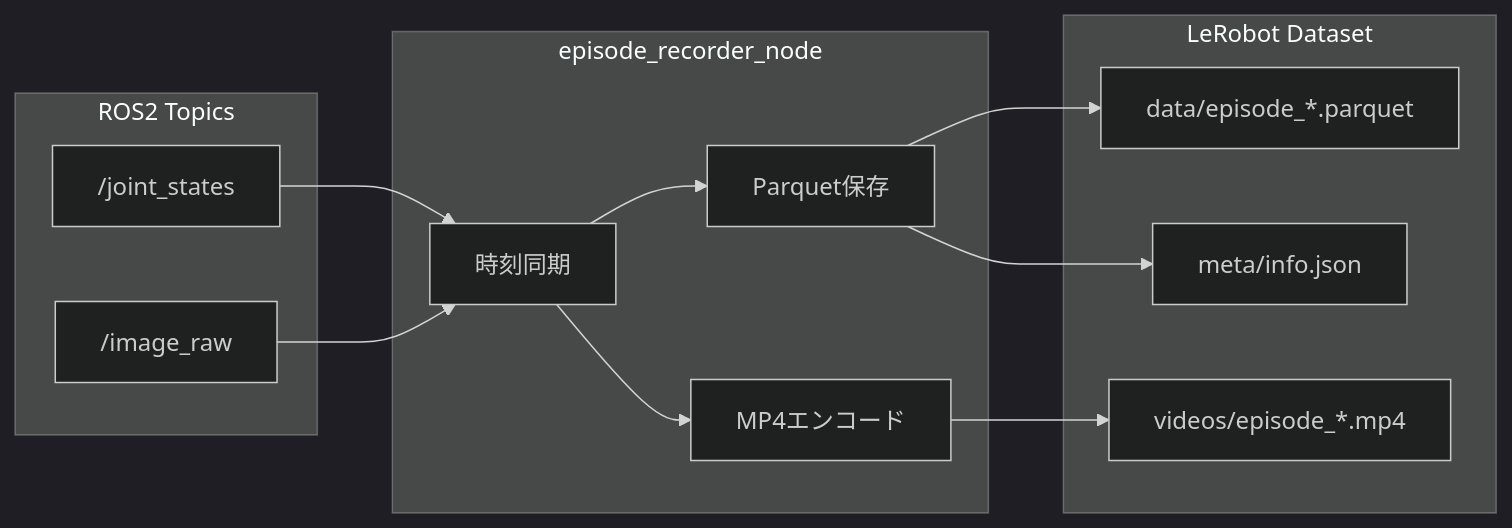
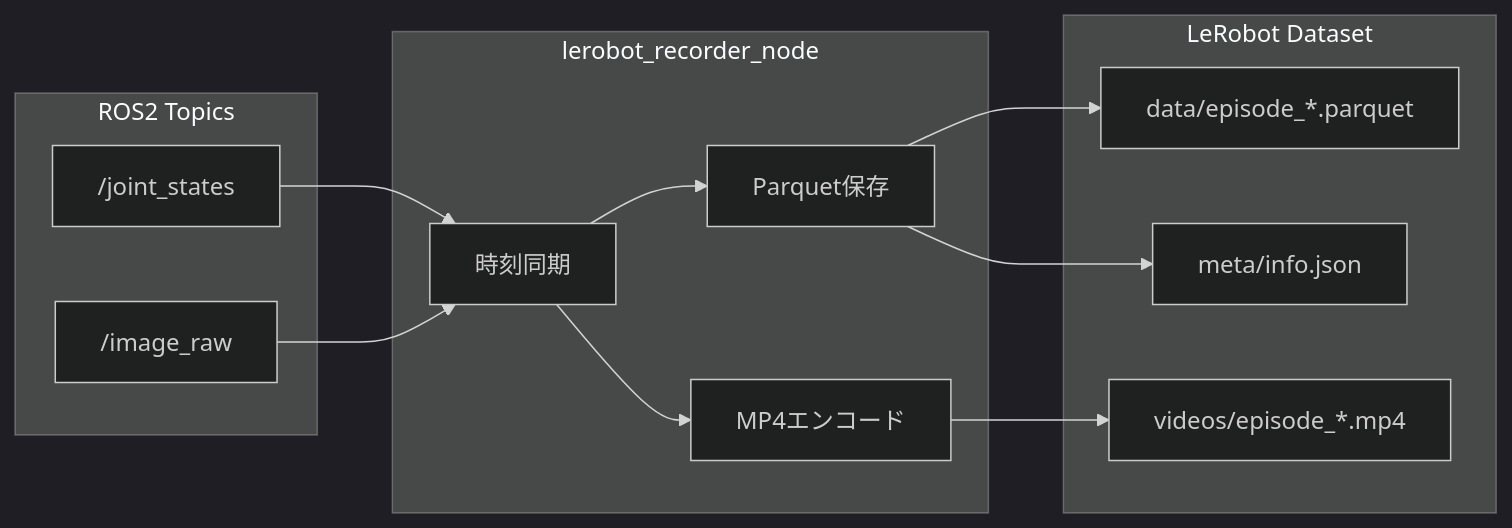
One commit to takatronix/vlabor_ros2 changed the sixth of 8 diagrams in docs/調整中/technical_details.md. Above: the diagram before and after it, drawn with Mermaid (dark theme). The commit also changed other lines of this file and 30 other files, not shown here.

````diff
--- a/docs/調整中/technical_details.md
+++ b/docs/調整中/technical_details.md
@@ -283,23 +283,23 @@
 ```mermaid
 flowchart LR
     subgraph Input["ROS2 Topics"]
         JS["/joint_states"]
         Img["/image_raw"]
     end
 
-    subgraph Recorder["episode_recorder_node"]
+    subgraph Recorder["lerobot_recorder_node"]
         Sync["時刻同期"]
         Encode["MP4エンコード"]
         Save["Parquet保存"]
     end
 
     subgraph Output["LeRobot Dataset"]
         Parquet["data/episode_*.parquet"]
         MP4["videos/episode_*.mp4"]
         Meta["meta/info.json"]
     end
 
     JS --> Sync --> Save --> Parquet
     Img --> Sync --> Encode --> MP4
     Save --> Meta
 ```
````
